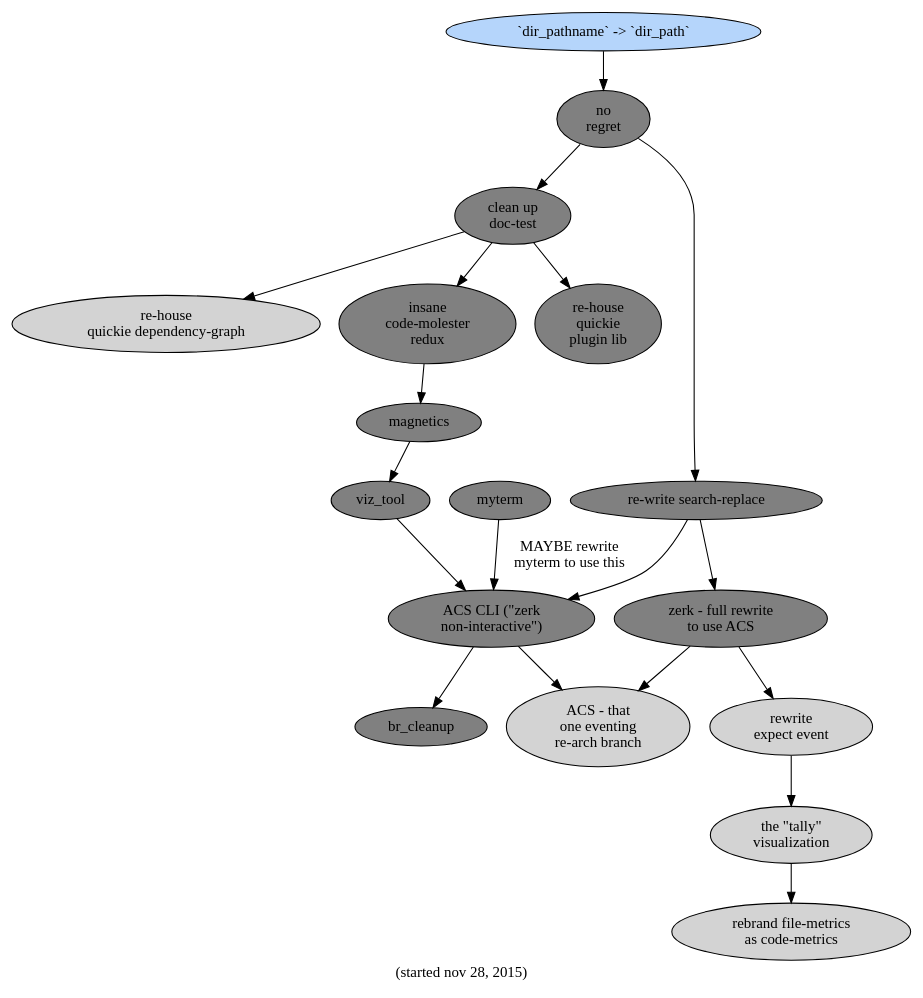
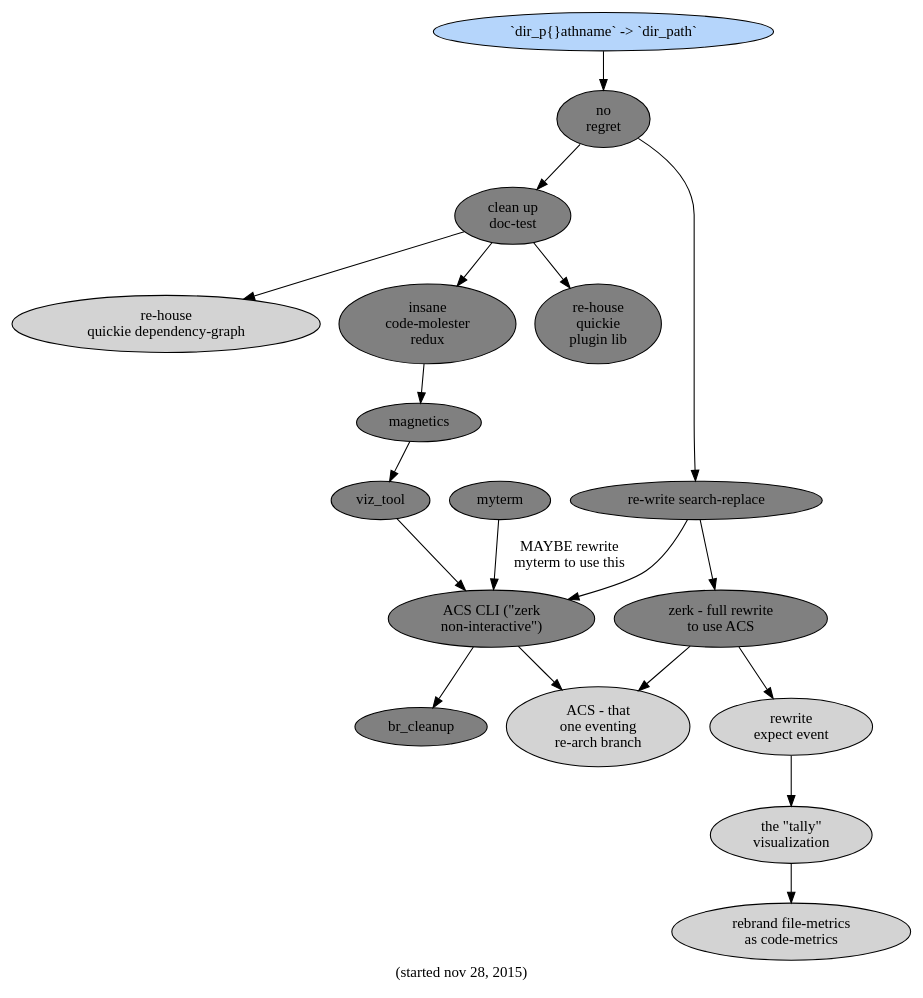
Before and after one commit to hipe/tmx: the diagram in slicer/doc/the-big-pictures-of-now/04-no-regret.dot, drawn with Graphviz. The commit also changed 16 other files, not shown here.

First line of the commit message:
(3/K [co] `dir_pathname` is now completely out. (.. 3762))

```diff
--- a/slicer/doc/the-big-pictures-of-now/04-no-regret.dot
+++ b/slicer/doc/the-big-pictures-of-now/04-no-regret.dot
@@ -1,48 +1,48 @@
 digraph g {
 
   /* color for active thing: #b5d5fb */
 
   label="(started nov 28, 2015)"
 
   clean_up_doctest -> re_house_xx
   re_house_xx [label="re-house\nquickie\nplugin lib" fillcolor="gray" style="filled"]
   clean_up_doctest [label="clean up\ndoc-test" style=filled fillcolor=grey ]
   clean_up_doctest -> re_house_yy
   re_house_yy [label="re-house\nquickie dependency-graph" style="filled"]
   clean_up_doctest->insane_CM_redux
   insane_CM_redux [label="insane\ncode-molester\nredux" style=filled fillcolor=grey]
 
   insane_CM_redux->mag
   mag [label="magnetics" style=filled fillcolor=grey]
   viz_tool [style=filled fillcolor=grey]
   mag -> viz_tool
 
   ACS_CLI [label="ACS CLI (\"zerk\nnon-interactive\")" style=filled fillcolor=grey]
 
   myterm [style=filled fillcolor=grey]
   myterm->ACS_CLI [label="MAYBE rewrite\nmyterm to use this"]
 
   viz_tool -> ACS_CLI
   ACS_CLI -> br_cleanup
   ACS_CLI -> acs
   br_cleanup [style=filled fillcolor=grey]
 
   no_regret [label="no\nregret" style=filled fillcolor=grey]
   no_regret -> sea
   no_regret -> clean_up_doctest
 
   dpn->no_regret
-  dpn [label="`dir_pathname` -> `dir_path`" style=filled fillcolor="#b5d5fb" ]
+  dpn [label="`dir_p{}athname` -> `dir_path`" style=filled fillcolor="#b5d5fb" ]
   sea [label="re-write search-replace\n" style=filled fillcolor=grey]
   sea->ACS_CLI
   sea->zerk
   zerk [label="zerk - full rewrite\nto use ACS" style=filled fillcolor=grey]
   zerk->expect_event
   expect_event [label="rewrite\nexpect event" style=filled]
   expect_event -> tally
   tally [label="the \"tally\"\nvisualization" style=filled]
   tally -> rfm
   rfm [label="rebrand file-metrics\nas code-metrics" style=filled]
   zerk->acs
   acs [label="ACS - that\none eventing\nre-arch branch" style=filled]
 }
```
